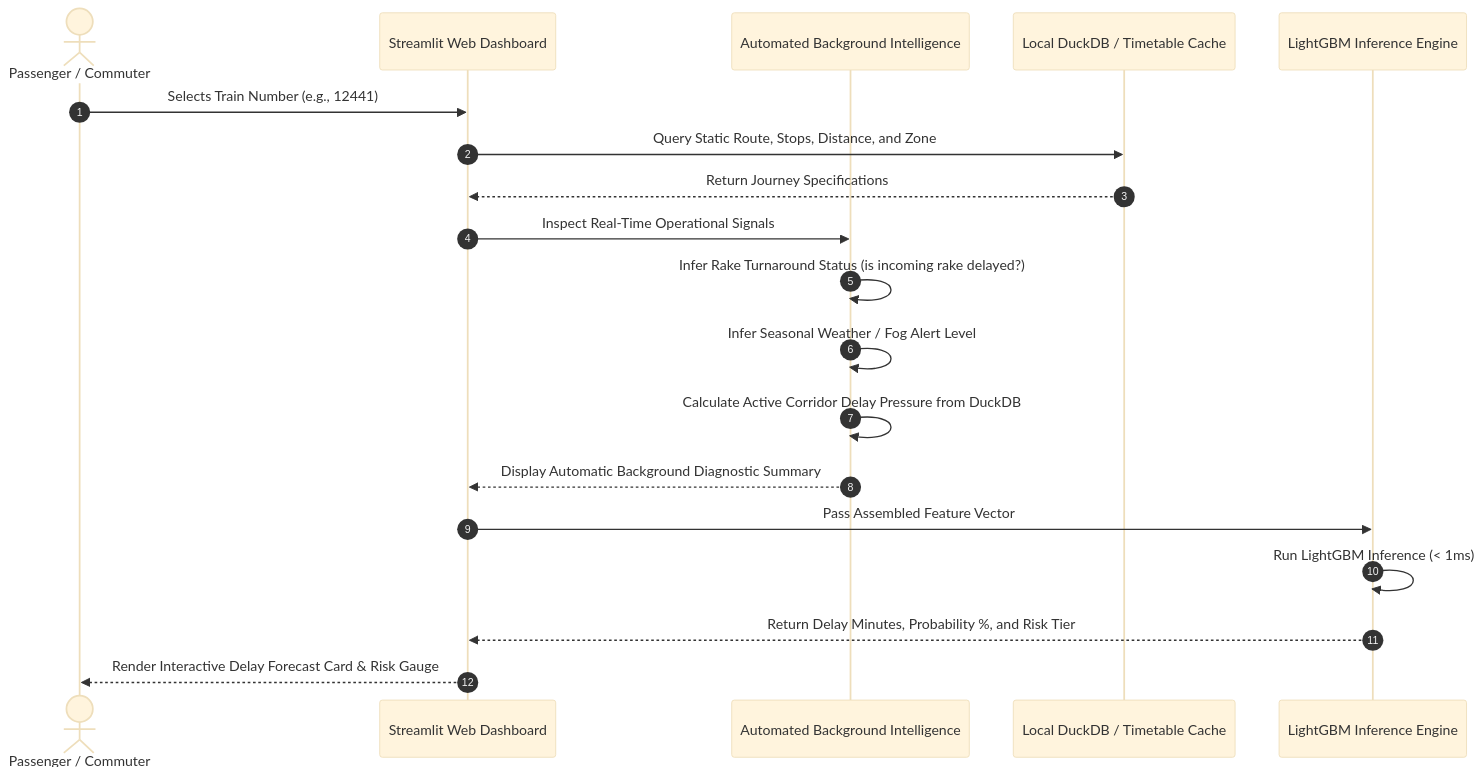
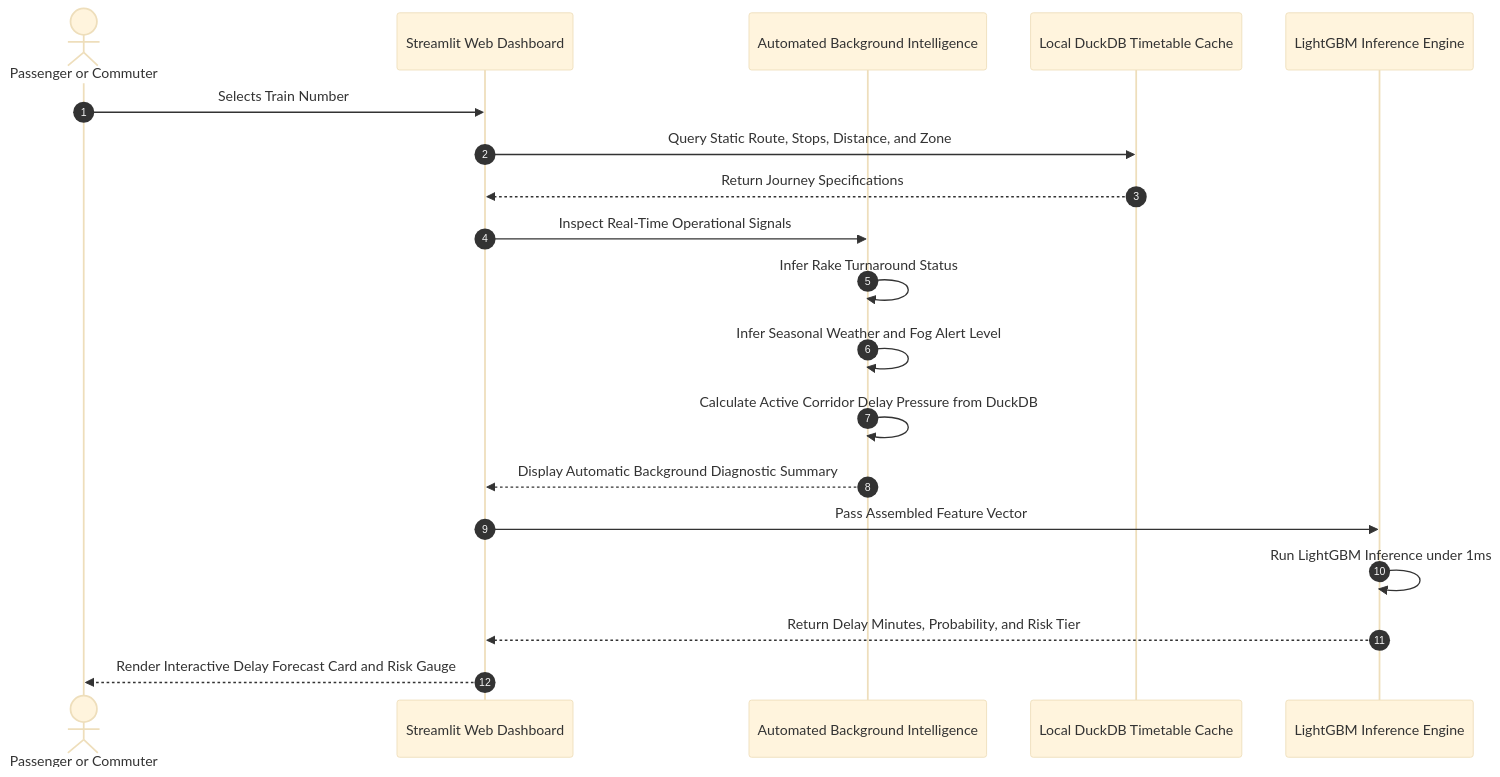
The second of 2 diagrams in docs/PPT_PRESENTATION_CONTEXT.md (laluni/Indian-railway-delay-prediction-system), drawn with Mermaid (base theme) before and after one commit. The commit also changed other lines of this file and 1 other file, not shown here.

Commit message:
Completely clean Mermaid diagram syntax across docs to eliminate rich display errors

````diff
--- a/docs/PPT_PRESENTATION_CONTEXT.md
+++ b/docs/PPT_PRESENTATION_CONTEXT.md
@@ -166,22 +166,22 @@
 ```mermaid
 sequenceDiagram
     autonumber
-    actor User as Passenger / Commuter
+    actor User as Passenger or Commuter
     participant UI as Streamlit Web Dashboard
     participant Backend as Automated Background Intelligence
-    participant DB as Local DuckDB / Timetable Cache
+    participant DB as Local DuckDB Timetable Cache
     participant AI as LightGBM Inference Engine
 
-    User->>UI: Selects Train Number (e.g., 12441)
+    User->>UI: Selects Train Number
     UI->>DB: Query Static Route, Stops, Distance, and Zone
     DB-->>UI: Return Journey Specifications
     UI->>Backend: Inspect Real-Time Operational Signals
-    Backend->>Backend: Infer Rake Turnaround Status (is incoming rake delayed?)
-    Backend->>Backend: Infer Seasonal Weather / Fog Alert Level
+    Backend->>Backend: Infer Rake Turnaround Status
+    Backend->>Backend: Infer Seasonal Weather and Fog Alert Level
     Backend->>Backend: Calculate Active Corridor Delay Pressure from DuckDB
     Backend-->>UI: Display Automatic Background Diagnostic Summary
     UI->>AI: Pass Assembled Feature Vector
-    AI->>AI: Run LightGBM Inference (< 1ms)
-    AI-->>UI: Return Delay Minutes, Probability %, and Risk Tier
-    UI-->>User: Render Interactive Delay Forecast Card & Risk Gauge
+    AI->>AI: Run LightGBM Inference under 1ms
+    AI-->>UI: Return Delay Minutes, Probability, and Risk Tier
+    UI-->>User: Render Interactive Delay Forecast Card and Risk Gauge
 ```
````
